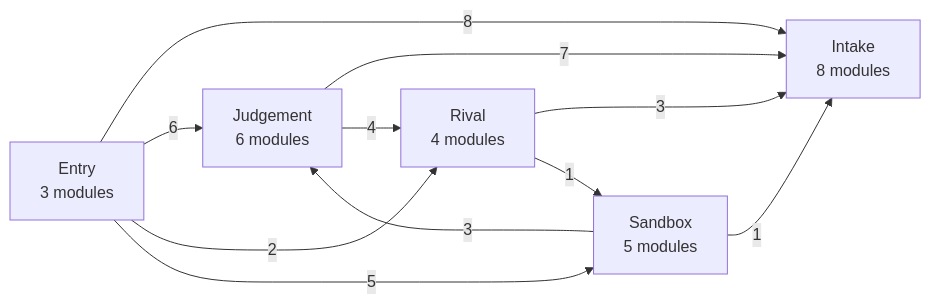
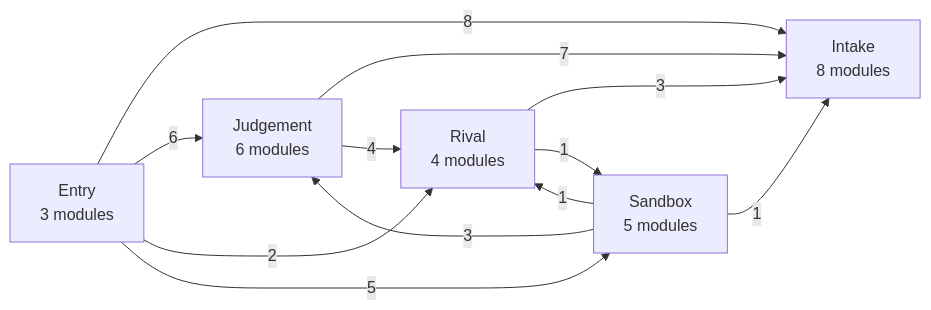
The second of 8 diagrams in docs/harita.md (Okan-wqm/snowball-mcp), drawn with Mermaid before and after one commit. The commit also changed other lines of this file and 8 other files, not shown here.

````diff
--- a/docs/harita.md
+++ b/docs/harita.md
@@ -74,18 +74,19 @@
 ```mermaid
 flowchart LR
   a_Entry["Entry<br/>3 modules"]
   a_Intake["Intake<br/>8 modules"]
   a_Sandbox["Sandbox<br/>5 modules"]
   a_Rival["Rival<br/>4 modules"]
   a_Judgement["Judgement<br/>6 modules"]
   a_Entry -->|8| a_Intake
   a_Entry -->|6| a_Judgement
   a_Entry -->|2| a_Rival
   a_Entry -->|5| a_Sandbox
   a_Judgement -->|7| a_Intake
   a_Judgement -->|4| a_Rival
   a_Rival -->|3| a_Intake
   a_Rival -->|1| a_Sandbox
   a_Sandbox -->|1| a_Intake
   a_Sandbox -->|3| a_Judgement
+  a_Sandbox -->|1| a_Rival
 ```
````
